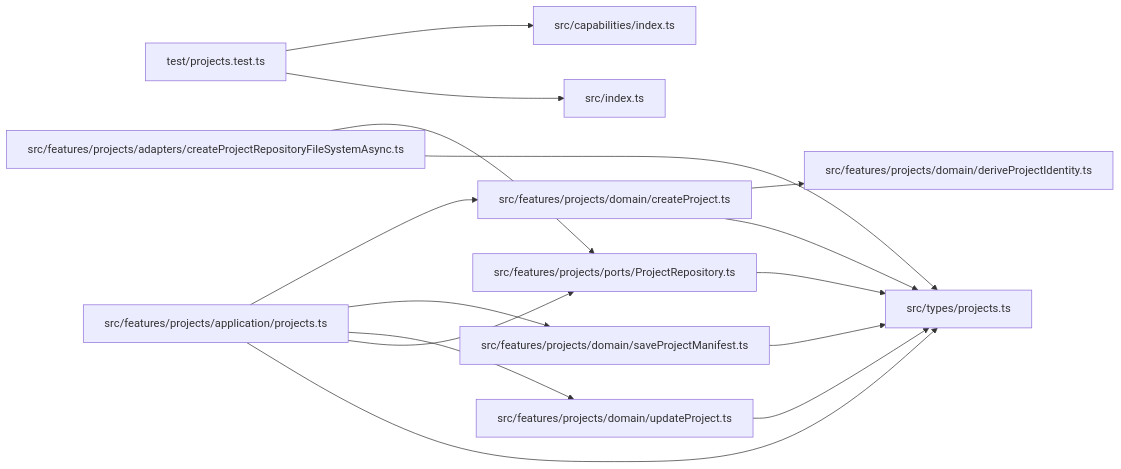
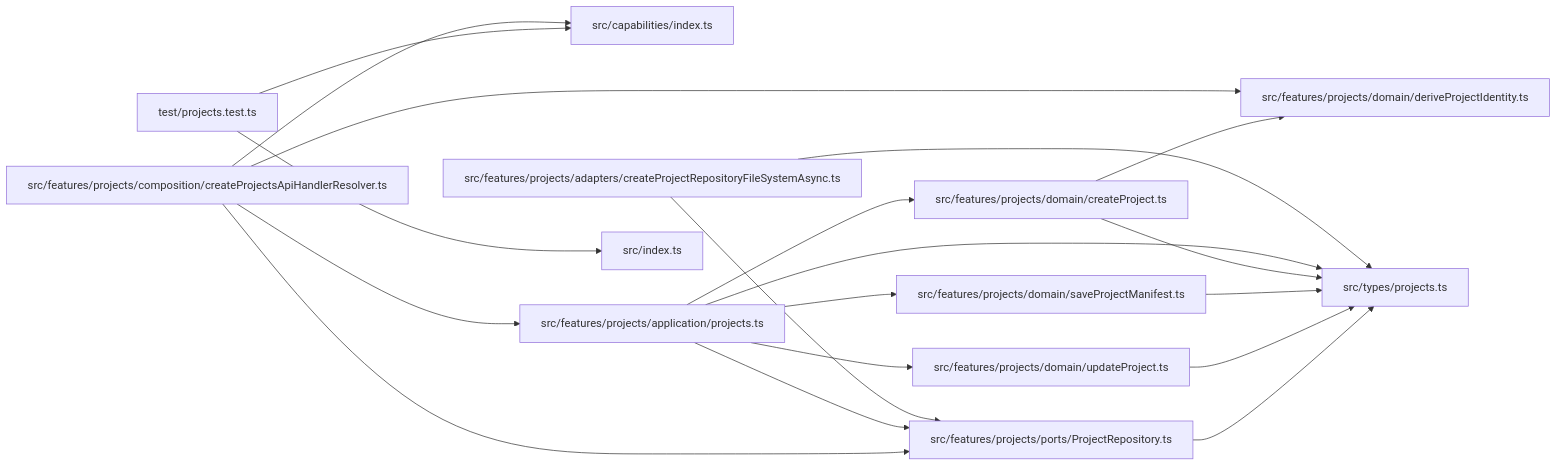
One commit to ankhorage/projects changed the diagram in paradox/diagrams/module-relationships.mmd. Above: the diagram before and after it, drawn with Mermaid. The commit also changed 12 other files, not shown here.

```diff
--- a/paradox/diagrams/module-relationships.mmd
+++ b/paradox/diagrams/module-relationships.mmd
@@ -1,26 +1,31 @@
 graph LR
   module_src_capabilities_index_ts["src/capabilities/index.ts"]
   module_src_features_projects_adapters_createProjectRepositoryFileSystemAsync_ts["src/features/projects/adapters/createProjectRepositoryFileSystemAsync.ts"]
   module_src_features_projects_application_projects_ts["src/features/projects/application/projects.ts"]
+  module_src_features_projects_composition_createProjectsApiHandlerResolver_ts["src/features/projects/composition/createProjectsApiHandlerResolver.ts"]
   module_src_features_projects_domain_createProject_ts["src/features/projects/domain/createProject.ts"]
   module_src_features_projects_domain_deriveProjectIdentity_ts["src/features/projects/domain/deriveProjectIdentity.ts"]
   module_src_features_projects_domain_saveProjectManifest_ts["src/features/projects/domain/saveProjectManifest.ts"]
   module_src_features_projects_domain_updateProject_ts["src/features/projects/domain/updateProject.ts"]
   module_src_features_projects_ports_ProjectRepository_ts["src/features/projects/ports/ProjectRepository.ts"]
   module_src_index_ts["src/index.ts"]
   module_src_types_projects_ts["src/types/projects.ts"]
   module_test_projects_test_ts["test/projects.test.ts"]
   module_src_features_projects_adapters_createProjectRepositoryFileSystemAsync_ts --> module_src_features_projects_ports_ProjectRepository_ts
   module_src_features_projects_adapters_createProjectRepositoryFileSystemAsync_ts --> module_src_types_projects_ts
   module_src_features_projects_application_projects_ts --> module_src_features_projects_domain_createProject_ts
   module_src_features_projects_application_projects_ts --> module_src_features_projects_domain_saveProjectManifest_ts
   module_src_features_projects_application_projects_ts --> module_src_features_projects_domain_updateProject_ts
   module_src_features_projects_application_projects_ts --> module_src_features_projects_ports_ProjectRepository_ts
   module_src_features_projects_application_projects_ts --> module_src_types_projects_ts
+  module_src_features_projects_composition_createProjectsApiHandlerResolver_ts --> module_src_capabilities_index_ts
+  module_src_features_projects_composition_createProjectsApiHandlerResolver_ts --> module_src_features_projects_application_projects_ts
+  module_src_features_projects_composition_createProjectsApiHandlerResolver_ts --> module_src_features_projects_domain_deriveProjectIdentity_ts
+  module_src_features_projects_composition_createProjectsApiHandlerResolver_ts --> module_src_features_projects_ports_ProjectRepository_ts
   module_src_features_projects_domain_createProject_ts --> module_src_features_projects_domain_deriveProjectIdentity_ts
   module_src_features_projects_domain_createProject_ts --> module_src_types_projects_ts
   module_src_features_projects_domain_saveProjectManifest_ts --> module_src_types_projects_ts
   module_src_features_projects_domain_updateProject_ts --> module_src_types_projects_ts
   module_src_features_projects_ports_ProjectRepository_ts --> module_src_types_projects_ts
   module_test_projects_test_ts --> module_src_capabilities_index_ts
   module_test_projects_test_ts --> module_src_index_ts
```
